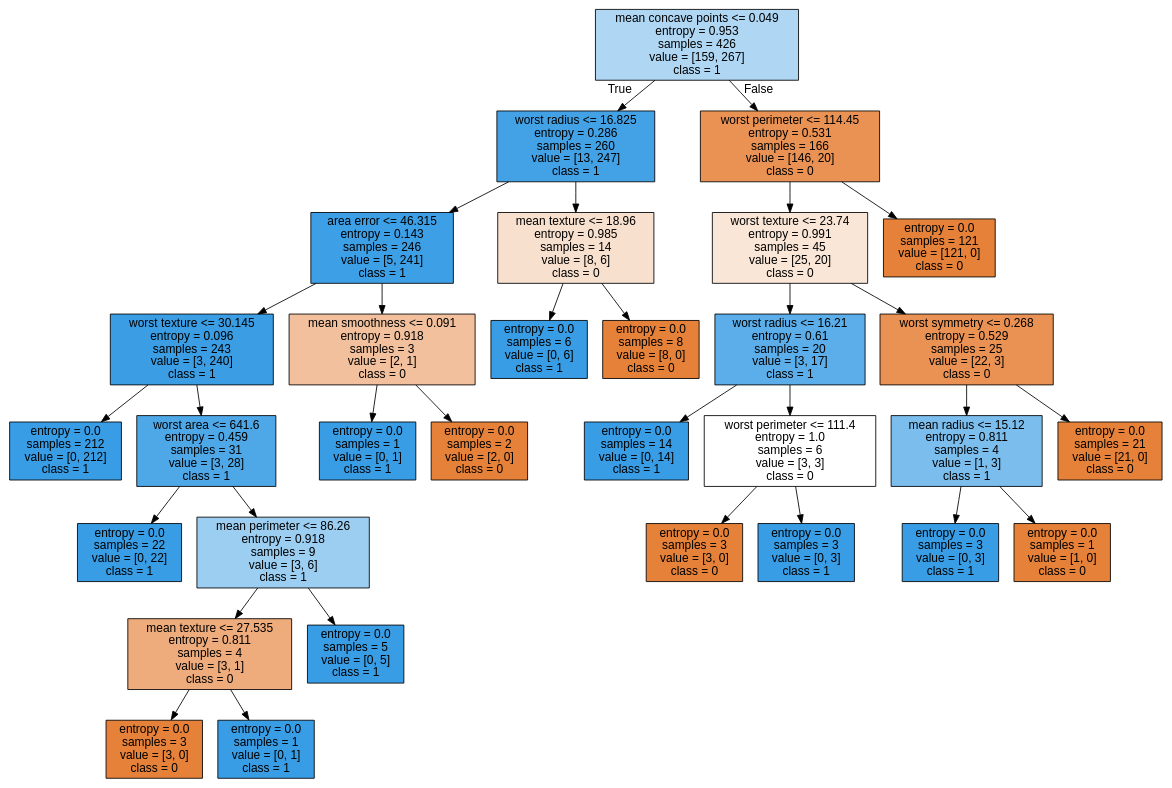
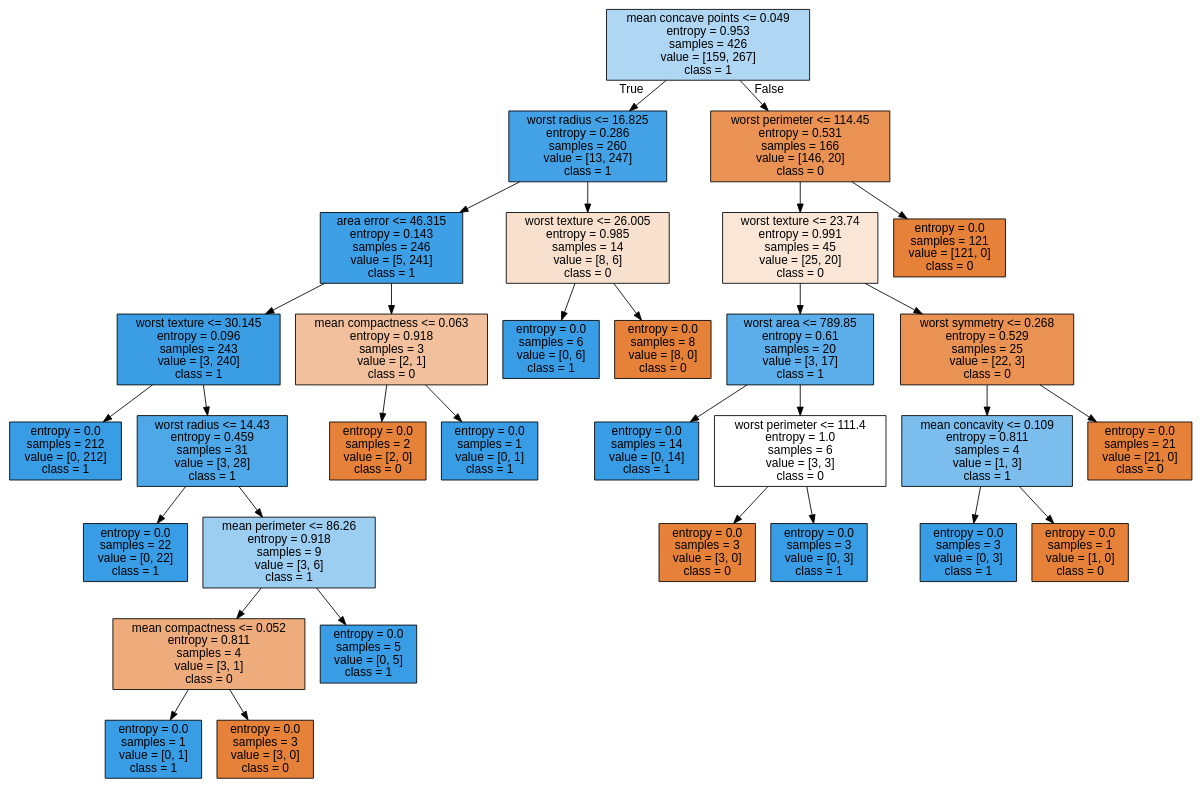
Before and after one commit to twelsah2011/Intro_to_Machine_Learning_Student_Workbooks: the diagram in tree.dot, drawn with Graphviz.

```diff
--- a/tree.dot
+++ b/tree.dot
@@ -1,65 +1,65 @@
 digraph Tree {
 node [shape=box, style="filled", color="black", fontname="helvetica"] ;
 edge [fontname="helvetica"] ;
 0 [label="mean concave points <= 0.049\nentropy = 0.953\nsamples = 426\nvalue = [159, 267]\nclass = 1", fillcolor="#afd7f4"] ;
 1 [label="worst radius <= 16.825\nentropy = 0.286\nsamples = 260\nvalue = [13, 247]\nclass = 1", fillcolor="#43a2e6"] ;
 0 -> 1 [labeldistance=2.5, labelangle=45, headlabel="True"] ;
 2 [label="area error <= 46.315\nentropy = 0.143\nsamples = 246\nvalue = [5, 241]\nclass = 1", fillcolor="#3d9fe6"] ;
 1 -> 2 ;
 3 [label="worst texture <= 30.145\nentropy = 0.096\nsamples = 243\nvalue = [3, 240]\nclass = 1", fillcolor="#3b9ee5"] ;
 2 -> 3 ;
 4 [label="entropy = 0.0\nsamples = 212\nvalue = [0, 212]\nclass = 1", fillcolor="#399de5"] ;
 3 -> 4 ;
-5 [label="worst area <= 641.6\nentropy = 0.459\nsamples = 31\nvalue = [3, 28]\nclass = 1", fillcolor="#4ea8e8"] ;
+5 [label="worst radius <= 14.43\nentropy = 0.459\nsamples = 31\nvalue = [3, 28]\nclass = 1", fillcolor="#4ea8e8"] ;
 3 -> 5 ;
 6 [label="entropy = 0.0\nsamples = 22\nvalue = [0, 22]\nclass = 1", fillcolor="#399de5"] ;
 5 -> 6 ;
 7 [label="mean perimeter <= 86.26\nentropy = 0.918\nsamples = 9\nvalue = [3, 6]\nclass = 1", fillcolor="#9ccef2"] ;
 5 -> 7 ;
-8 [label="mean texture <= 27.535\nentropy = 0.811\nsamples = 4\nvalue = [3, 1]\nclass = 0", fillcolor="#eeab7b"] ;
+8 [label="mean compactness <= 0.052\nentropy = 0.811\nsamples = 4\nvalue = [3, 1]\nclass = 0", fillcolor="#eeab7b"] ;
 7 -> 8 ;
-9 [label="entropy = 0.0\nsamples = 3\nvalue = [3, 0]\nclass = 0", fillcolor="#e58139"] ;
+9 [label="entropy = 0.0\nsamples = 1\nvalue = [0, 1]\nclass = 1", fillcolor="#399de5"] ;
 8 -> 9 ;
-10 [label="entropy = 0.0\nsamples = 1\nvalue = [0, 1]\nclass = 1", fillcolor="#399de5"] ;
+10 [label="entropy = 0.0\nsamples = 3\nvalue = [3, 0]\nclass = 0", fillcolor="#e58139"] ;
 8 -> 10 ;
 11 [label="entropy = 0.0\nsamples = 5\nvalue = [0, 5]\nclass = 1", fillcolor="#399de5"] ;
 7 -> 11 ;
-12 [label="mean smoothness <= 0.091\nentropy = 0.918\nsamples = 3\nvalue = [2, 1]\nclass = 0", fillcolor="#f2c09c"] ;
+12 [label="mean compactness <= 0.063\nentropy = 0.918\nsamples = 3\nvalue = [2, 1]\nclass = 0", fillcolor="#f2c09c"] ;
 2 -> 12 ;
-13 [label="entropy = 0.0\nsamples = 1\nvalue = [0, 1]\nclass = 1", fillcolor="#399de5"] ;
+13 [label="entropy = 0.0\nsamples = 2\nvalue = [2, 0]\nclass = 0", fillcolor="#e58139"] ;
 12 -> 13 ;
-14 [label="entropy = 0.0\nsamples = 2\nvalue = [2, 0]\nclass = 0", fillcolor="#e58139"] ;
+14 [label="entropy = 0.0\nsamples = 1\nvalue = [0, 1]\nclass = 1", fillcolor="#399de5"] ;
 12 -> 14 ;
-15 [label="mean texture <= 18.96\nentropy = 0.985\nsamples = 14\nvalue = [8, 6]\nclass = 0", fillcolor="#f8e0ce"] ;
+15 [label="worst texture <= 26.005\nentropy = 0.985\nsamples = 14\nvalue = [8, 6]\nclass = 0", fillcolor="#f8e0ce"] ;
 1 -> 15 ;
 16 [label="entropy = 0.0\nsamples = 6\nvalue = [0, 6]\nclass = 1", fillcolor="#399de5"] ;
 15 -> 16 ;
 17 [label="entropy = 0.0\nsamples = 8\nvalue = [8, 0]\nclass = 0", fillcolor="#e58139"] ;
 15 -> 17 ;
 18 [label="worst perimeter <= 114.45\nentropy = 0.531\nsamples = 166\nvalue = [146, 20]\nclass = 0", fillcolor="#e99254"] ;
 0 -> 18 [labeldistance=2.5, labelangle=-45, headlabel="False"] ;
 19 [label="worst texture <= 23.74\nentropy = 0.991\nsamples = 45\nvalue = [25, 20]\nclass = 0", fillcolor="#fae6d7"] ;
 18 -> 19 ;
-20 [label="worst radius <= 16.21\nentropy = 0.61\nsamples = 20\nvalue = [3, 17]\nclass = 1", fillcolor="#5caeea"] ;
+20 [label="worst area <= 789.85\nentropy = 0.61\nsamples = 20\nvalue = [3, 17]\nclass = 1", fillcolor="#5caeea"] ;
 19 -> 20 ;
 21 [label="entropy = 0.0\nsamples = 14\nvalue = [0, 14]\nclass = 1", fillcolor="#399de5"] ;
 20 -> 21 ;
 22 [label="worst perimeter <= 111.4\nentropy = 1.0\nsamples = 6\nvalue = [3, 3]\nclass = 0", fillcolor="#ffffff"] ;
 20 -> 22 ;
 23 [label="entropy = 0.0\nsamples = 3\nvalue = [3, 0]\nclass = 0", fillcolor="#e58139"] ;
 22 -> 23 ;
 24 [label="entropy = 0.0\nsamples = 3\nvalue = [0, 3]\nclass = 1", fillcolor="#399de5"] ;
 22 -> 24 ;
 25 [label="worst symmetry <= 0.268\nentropy = 0.529\nsamples = 25\nvalue = [22, 3]\nclass = 0", fillcolor="#e99254"] ;
 19 -> 25 ;
-26 [label="mean radius <= 15.12\nentropy = 0.811\nsamples = 4\nvalue = [1, 3]\nclass = 1", fillcolor="#7bbeee"] ;
+26 [label="mean concavity <= 0.109\nentropy = 0.811\nsamples = 4\nvalue = [1, 3]\nclass = 1", fillcolor="#7bbeee"] ;
 25 -> 26 ;
 27 [label="entropy = 0.0\nsamples = 3\nvalue = [0, 3]\nclass = 1", fillcolor="#399de5"] ;
 26 -> 27 ;
 28 [label="entropy = 0.0\nsamples = 1\nvalue = [1, 0]\nclass = 0", fillcolor="#e58139"] ;
 26 -> 28 ;
 29 [label="entropy = 0.0\nsamples = 21\nvalue = [21, 0]\nclass = 0", fillcolor="#e58139"] ;
 25 -> 29 ;
 30 [label="entropy = 0.0\nsamples = 121\nvalue = [121, 0]\nclass = 0", fillcolor="#e58139"] ;
 18 -> 30 ;
 }
```
